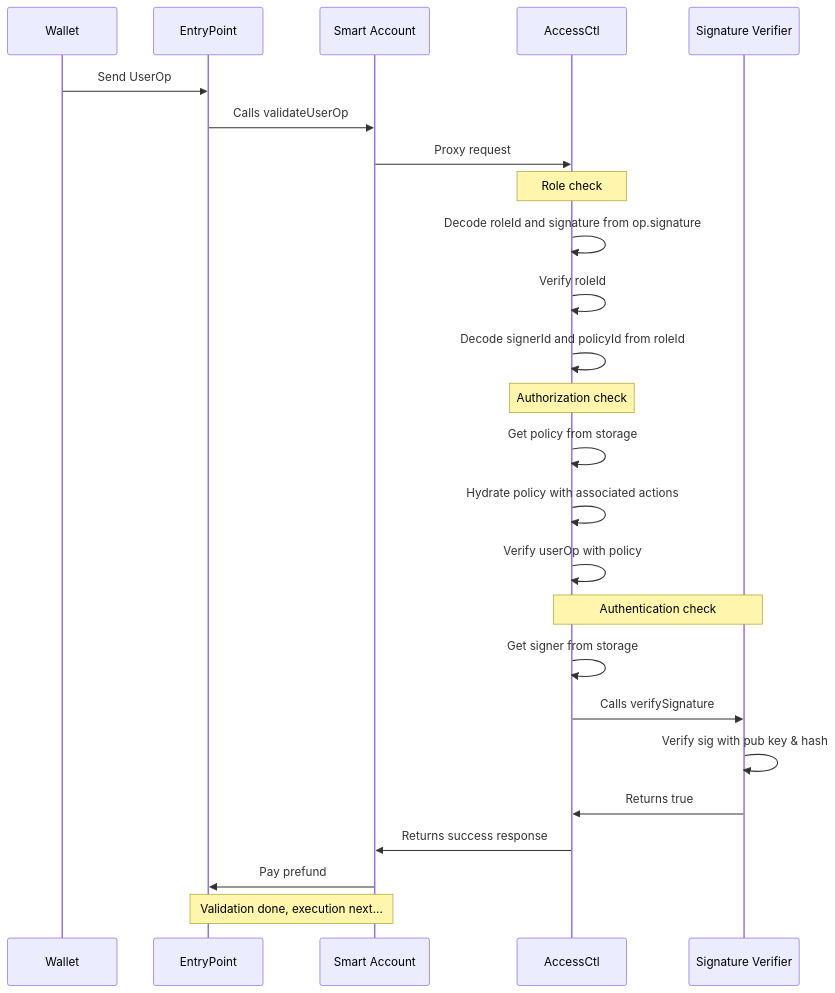
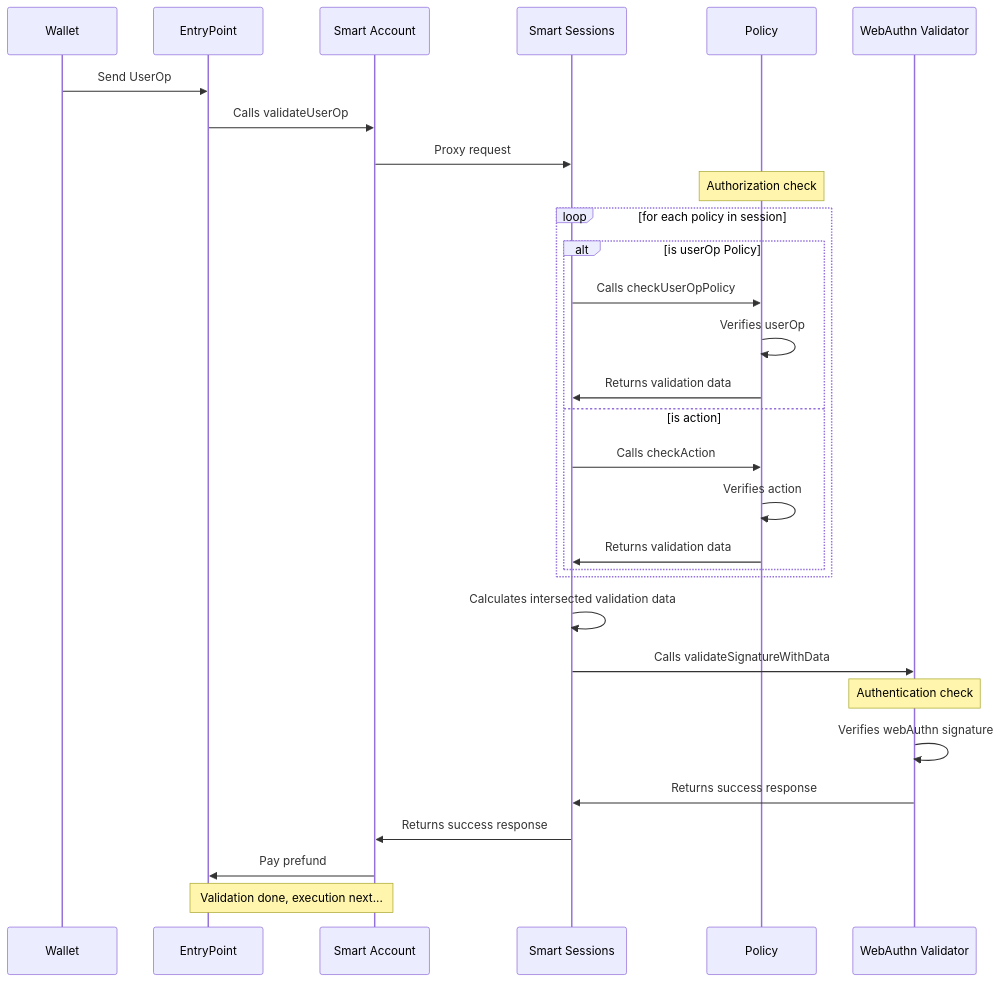
Before and after one commit to stackup-wallet/accessctl: the diagram in README.md, drawn with Mermaid. The commit also changed other lines of this file and 27 other files, not shown here.

Commit message:
Switch architecture to use Smart Sessions (#58)

````diff
--- a/README.md
+++ b/README.md
@@ -41,22 +43,26 @@
 ```mermaid
 sequenceDiagram
     Wallet->>EntryPoint:Send UserOp
     EntryPoint->>Smart Account: Calls validateUserOp
-    Smart Account->>AccessCtl: Proxy request
-    Note over AccessCtl: Role check
-    AccessCtl->>AccessCtl: Decode roleId and signature from op.signature
-    AccessCtl->>AccessCtl: Verify roleId
-    AccessCtl->>AccessCtl: Decode signerId and policyId from roleId
-    Note over AccessCtl: Authorization check
-    AccessCtl->>AccessCtl: Get policy from storage
-    AccessCtl->>AccessCtl: Hydrate policy with associated actions
-    AccessCtl->>AccessCtl: Verify userOp with policy
-    Note over AccessCtl,Signature Verifier: Authentication check
-    AccessCtl->>AccessCtl: Get signer from storage
-    AccessCtl->>Signature Verifier: Calls verifySignature
-    Signature Verifier->>Signature Verifier: Verify sig with pub key & hash
-    Signature Verifier->>AccessCtl: Returns true
-    AccessCtl->>Smart Account: Returns success response
+    Smart Account->>Smart Sessions: Proxy request
+    Note over Policy: Authorization check
+    loop for each policy in session
+        alt is userOp Policy
+            Smart Sessions->>Policy: Calls checkUserOpPolicy
+            Policy->>Policy: Verifies userOp
+            Policy->>Smart Sessions: Returns validation data
+        else is action
+            Smart Sessions->>Policy: Calls checkAction
+            Policy->>Policy: Verifies action
+            Policy->>Smart Sessions: Returns validation data
+        end
+    end
+    Smart Sessions->>Smart Sessions: Calculates intersected validation data
+    Smart Sessions->>WebAuthn Validator: Calls validateSignatureWithData
+    Note over WebAuthn Validator: Authentication check
+    WebAuthn Validator->>WebAuthn Validator: Verifies webAuthn signature
+    WebAuthn Validator->>Smart Sessions: Returns success response
+    Smart Sessions->>Smart Account: Returns success response
     Smart Account->>EntryPoint: Pay prefund
     Note over EntryPoint,Smart Account: Validation done, execution next...
 ```
````
